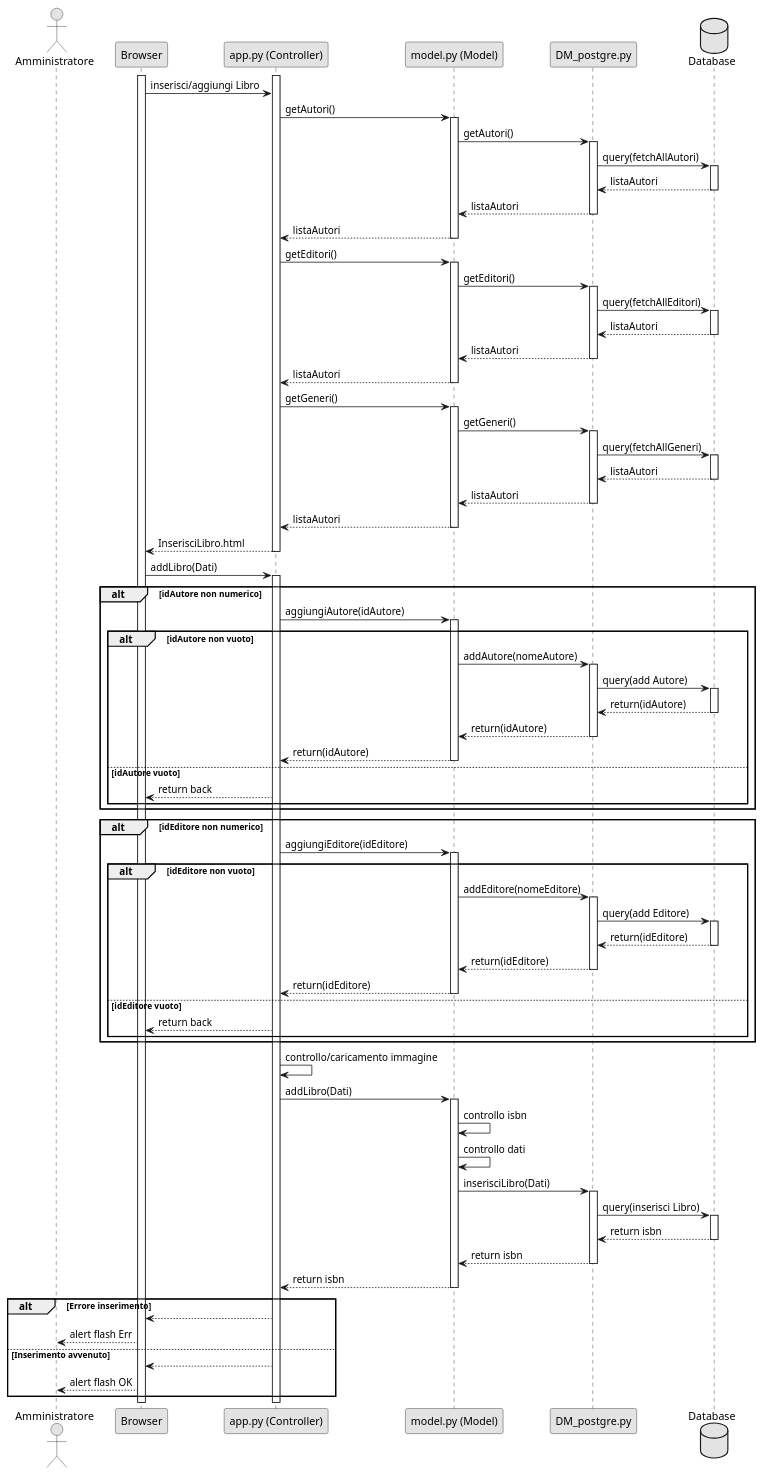
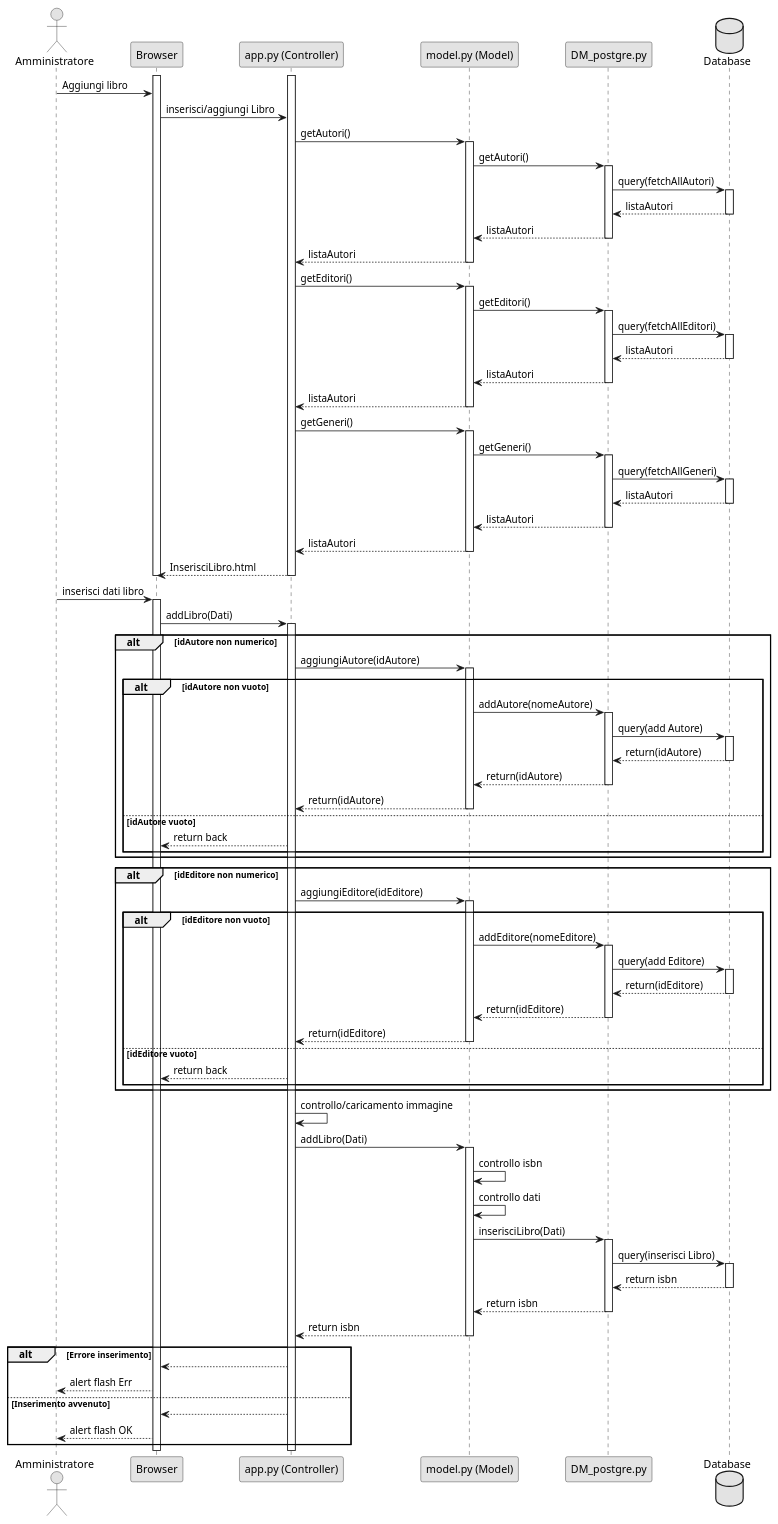
One commit to HGS-Andry/ProgettoIngsw changed the diagram in Sequence Diagram/SD_inserisciLibro.wsd. Above: the diagram before and after it, drawn with PlantUML. The commit also changed 6 other files, not shown here.

```diff
--- a/Sequence Diagram/SD_inserisciLibro.wsd
+++ b/Sequence Diagram/SD_inserisciLibro.wsd
@@ -1,116 +1,121 @@
 skinparam monochrome true
 skinparam shadowing false
 
 'actor u as "Utente non registrato"
 'actor r as "Utente registrato"
 actor a as "Amministratore"
 'actor uu as "Utente"
 participant b as "Browser"
 participant app as "app.py (Controller)"
 participant m as "model.py (Model)"
 participant dm as "DM_postgre.py"
 database db as "Database"
 
 
 activate b
 activate app
-
+a->b:Aggiungi libro
 b->app: inserisci/aggiungi Libro
 app->m: getAutori()
 activate m
 m->dm: getAutori()
 activate dm
 dm->db: query(fetchAllAutori)
 activate db
 return listaAutori
 return listaAutori
 return listaAutori
 
 app->m: getEditori()
 activate m
 m->dm: getEditori()
 activate dm
 dm->db: query(fetchAllEditori)
 activate db
 return listaAutori
 return listaAutori
 return listaAutori
 
 app->m: getGeneri()
 activate m
 m->dm: getGeneri()
 activate dm
 dm->db: query(fetchAllGeneri)
 activate db
 return listaAutori
 return listaAutori
 return listaAutori
 
 app-->b: InserisciLibro.html
 deactivate app
+deactivate b
+
+a->b:inserisci dati libro
+
+activate b
 
 b->app: addLibro(Dati)
 activate app
 
 alt idAutore non numerico
     app->m: aggiungiAutore(idAutore)
     activate m
     
     alt idAutore non vuoto
         m->dm: addAutore(nomeAutore)
         activate dm
         dm->db: query(add Autore)
         activate db
         return return(idAutore)
         return return(idAutore)
         return return(idAutore)
     else idAutore vuoto
         app-->b: return back
     end
 end
 
 alt idEditore non numerico
     activate app
     app->m: aggiungiEditore(idEditore)
     activate m
     
     alt idEditore non vuoto
         m->dm: addEditore(nomeEditore)
         activate dm
         dm->db:query(add Editore)
         activate db
         return return(idEditore)
         return return(idEditore)
         return return(idEditore)
     else idEditore vuoto
         app-->b: return back
     end
 
 end
     
     
 app->app: controllo/caricamento immagine
 
 app->m: addLibro(Dati)
 activate m
 
 m->m: controllo isbn
 m->m: controllo dati
 
 m->dm: inserisciLibro(Dati)
 activate dm
 
 dm->db: query(inserisci Libro)
 activate db
 
 return return isbn
 return return isbn
 return return isbn
 
 alt Errore inserimento
     app-->b
     b-->a: alert flash Err
 else Inserimento avvenuto
     app-->b
     b-->a: alert flash OK
 end
```
